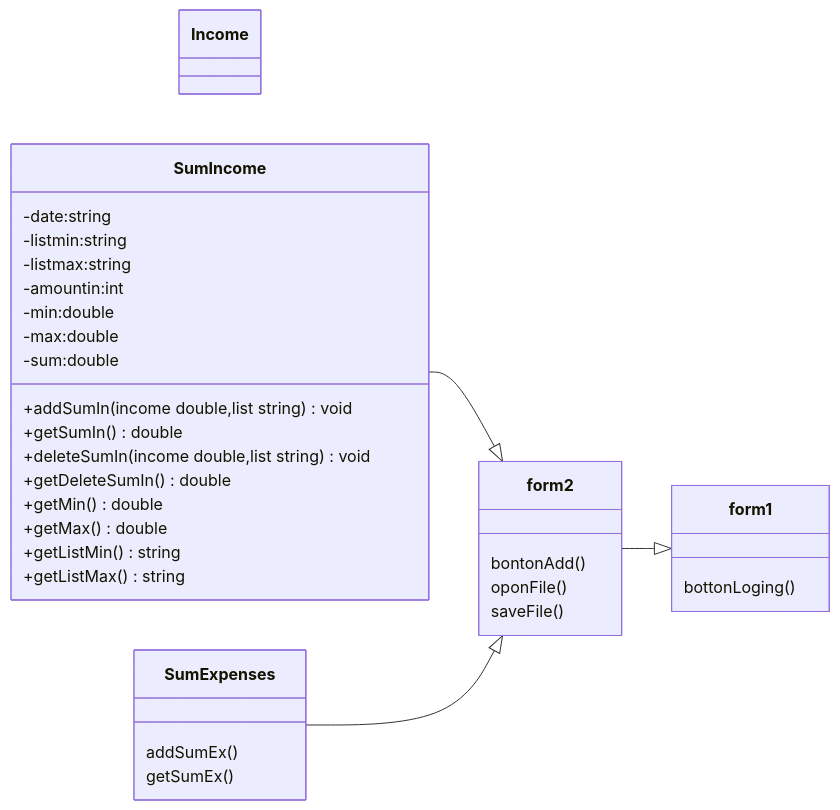
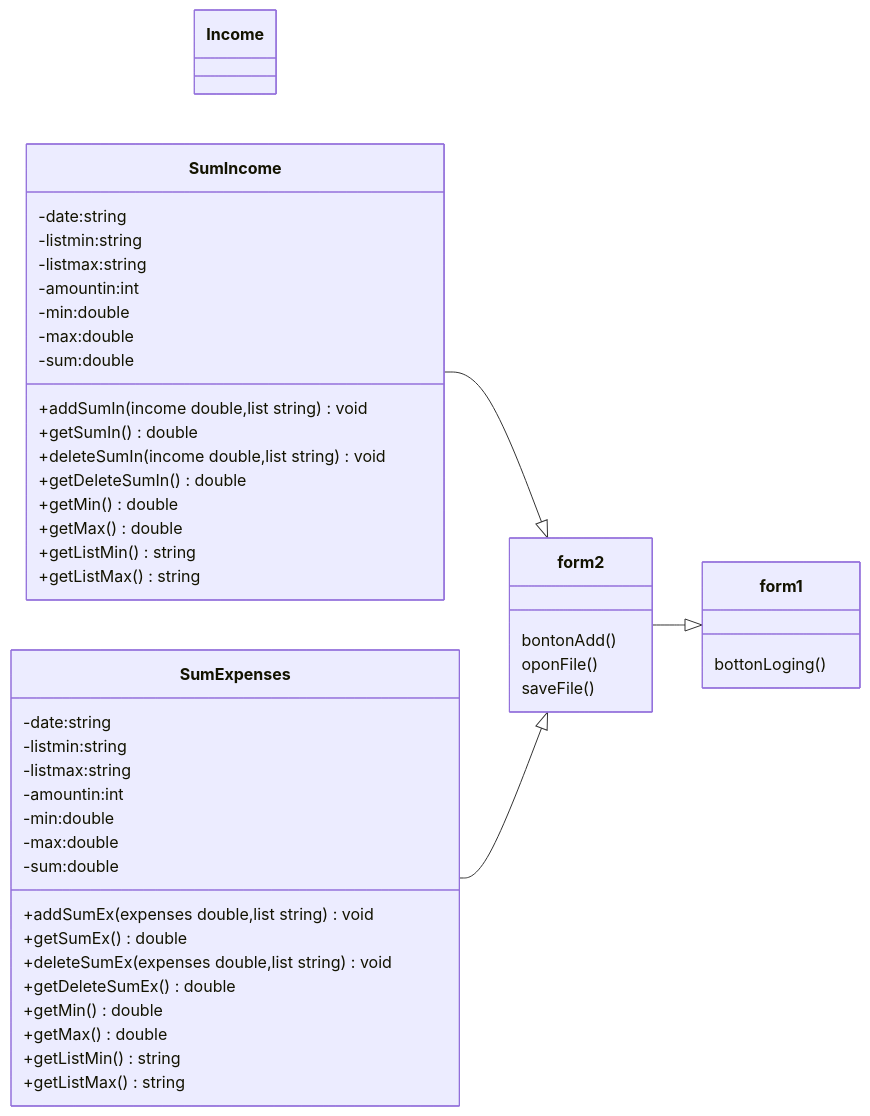
One commit to Naphapilan/Final-Project changed the diagram in README.md. Above: the diagram before and after it, drawn with Mermaid.

````diff
--- a/README.md
+++ b/README.md
@@ -12,38 +12,51 @@
 ```mermaid
 classDiagram
   direction LR
   class form1{
   bottonLoging()
   }
   class form2{
   bontonAdd()
   oponFile()
   saveFile()
   }
   class Income{
   }
   class SumIncome{
   -date:string
   -listmin:string
   -listmax:string
   -amountin:int
   -min:double
   -max:double
   -sum:double
   +addSumIn(income double,list string)void
   +getSumIn()double
   +deleteSumIn(income double,list string)void
   +getDeleteSumIn()double
   +getMin()double
   +getMax()double
   +getListMin()string
   +getListMax()string
   }
   class SumExpenses{
-  addSumEx()
-  getSumEx()
+  -date:string
+  -listmin:string
+  -listmax:string
+  -amountin:int
+  -min:double
+  -max:double
+  -sum:double
+  +addSumEx(expenses double,list string)void
+  +getSumEx()double
+  +deleteSumEx(expenses double,list string)void
+  +getDeleteSumEx()double
+  +getMin()double
+  +getMax()double
+  +getListMin()string
+  +getListMax()string
   }
   form2 --|> form1
   SumIncome --|> form2
   SumExpenses --|> form2
 ```
````
